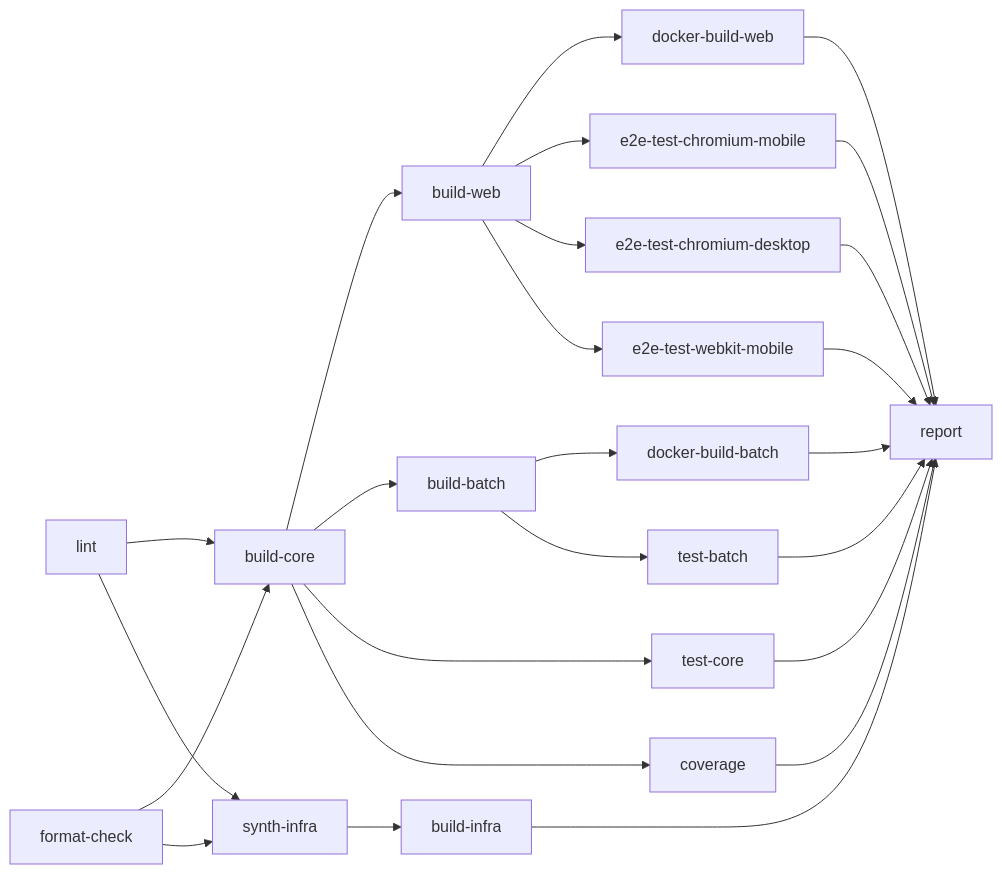
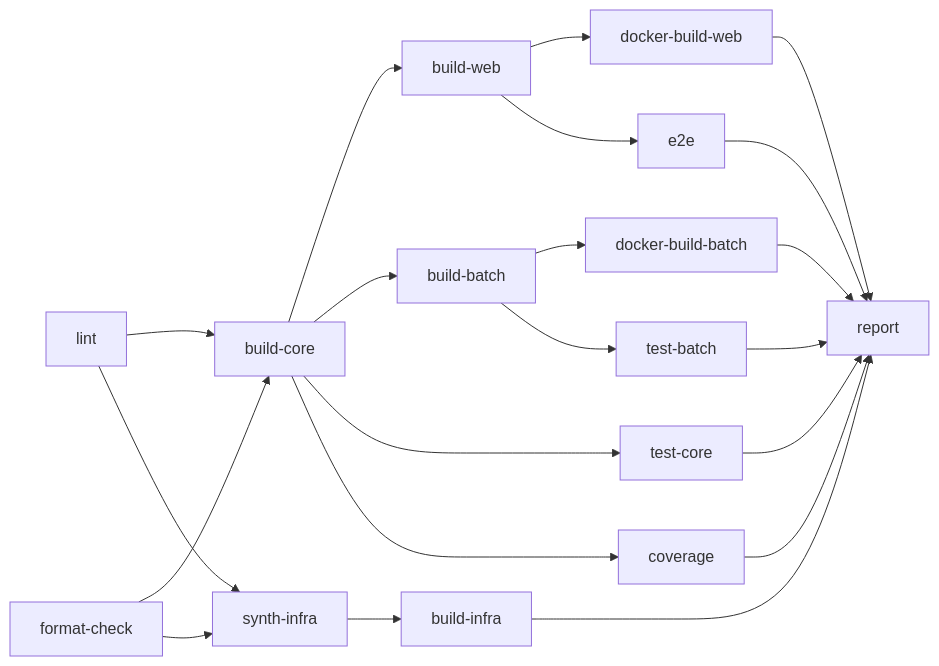
Before and after one commit to nagiyu/nagiyu-platform: the diagram in docs/development/testing.md, drawn with Mermaid. The commit also changed other lines of this file and 2 other files, not shown here.

````diff
--- a/docs/development/testing.md
+++ b/docs/development/testing.md
@@ -367,47 +370,41 @@
 ```mermaid
 flowchart LR
     lint[lint]
     format[format-check]
     build_core[build-core]
     synth[synth-infra]
     build_web[build-web]
     build_batch[build-batch]
     test_core[test-core]
     coverage[coverage]
     build_infra[build-infra]
     docker_web[docker-build-web]
     docker_batch[docker-build-batch]
     test_batch[test-batch]
-    e2e_cm[e2e-test-chromium-mobile]
-    e2e_cd[e2e-test-chromium-desktop]
-    e2e_wm[e2e-test-webkit-mobile]
+    e2e[e2e]
     report[report]
 
     lint --> build_core
     format --> build_core
     lint --> synth
     format --> synth
 
     build_core --> build_web
     build_core --> build_batch
     build_core --> test_core
     build_core --> coverage
     synth --> build_infra
 
     build_web --> docker_web
-    build_web --> e2e_cm
-    build_web --> e2e_cd
-    build_web --> e2e_wm
+    build_web --> e2e
     build_batch --> docker_batch
     build_batch --> test_batch
 
     docker_web --> report
     docker_batch --> report
     test_core --> report
     test_batch --> report
     coverage --> report
-    e2e_cm --> report
-    e2e_cd --> report
-    e2e_wm --> report
+    e2e --> report
     build_infra --> report
 ```
````
